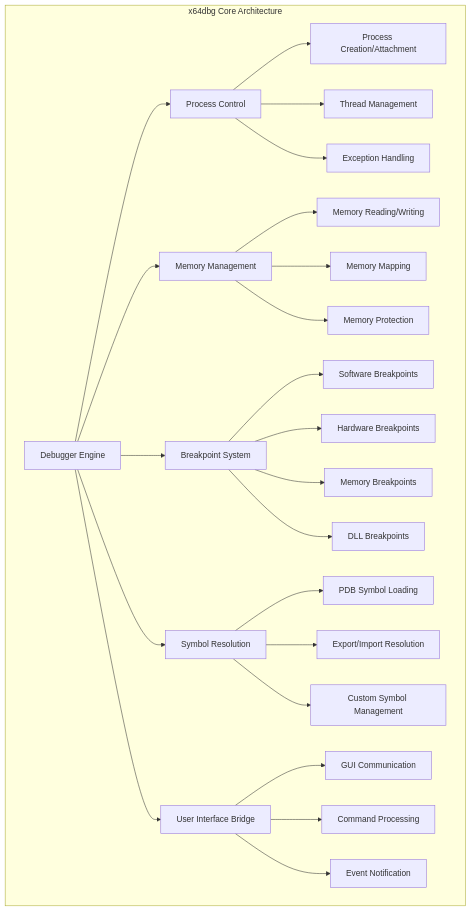
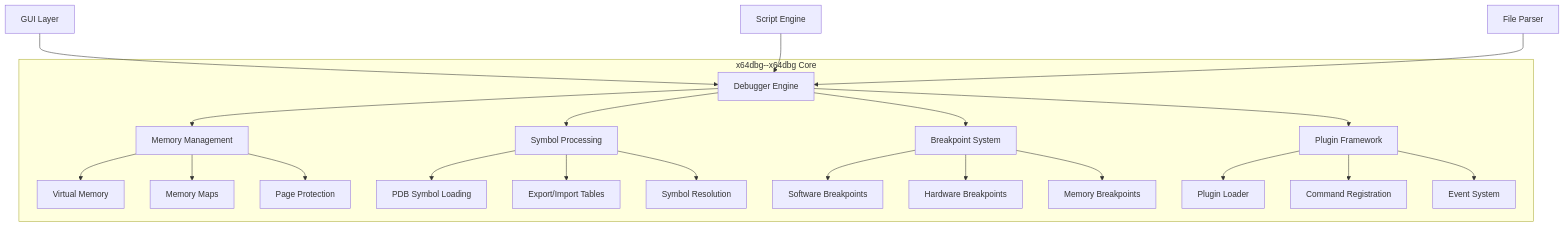
The first of 2 diagrams in docs/x64dbg--x64dbg-docs/overview.md (FSoft-AI4Code/codewiki-demo), drawn with Mermaid before and after one commit. The commit also changed other lines of this file and 1103 other files, not shown here.

````diff
--- a/docs/x64dbg--x64dbg-docs/overview.md
+++ b/docs/x64dbg--x64dbg-docs/overview.md
@@ -9,31 +9,29 @@
 ```mermaid
 graph TB
-    subgraph "x64dbg Core Architecture"
-        A[Debugger Engine] --> B[Process Control]
-        A --> C[Memory Management]
+    subgraph "x64dbg--x64dbg Core"
+        A[Debugger Engine] --> B[Memory Management]
+        A --> C[Symbol Processing]
         A --> D[Breakpoint System]
-        A --> E[Symbol Resolution]
-        A --> F[User Interface Bridge]
+        A --> E[Plugin Framework]
         
-        B --> B1[Process Creation/Attachment]
-        B --> B2[Thread Management]
-        B --> B3[Exception Handling]
+        B --> B1[Virtual Memory]
+        B --> B2[Memory Maps]
+        B --> B3[Page Protection]
         
-        C --> C1[Memory Reading/Writing]
-        C --> C2[Memory Mapping]
-        C --> C3[Memory Protection]
+        C --> C1[PDB Symbol Loading]
+        C --> C2[Export/Import Tables]
+        C --> C3[Symbol Resolution]
         
         D --> D1[Software Breakpoints]
         D --> D2[Hardware Breakpoints]
         D --> D3[Memory Breakpoints]
-        D --> D4[DLL Breakpoints]
         
-        E --> E1[PDB Symbol Loading]
-        E --> E2[Export/Import Resolution]
-        E --> E3[Custom Symbol Management]
-        
-        F --> F1[GUI Communication]
-        F --> F2[Command Processing]
-        F --> F3[Event Notification]
+        E --> E1[Plugin Loader]
+        E --> E2[Command Registration]
+        E --> E3[Event System]
     end
+    
+    F[GUI Layer] --> A
+    G[Script Engine] --> A
+    H[File Parser] --> A
 ```
````
